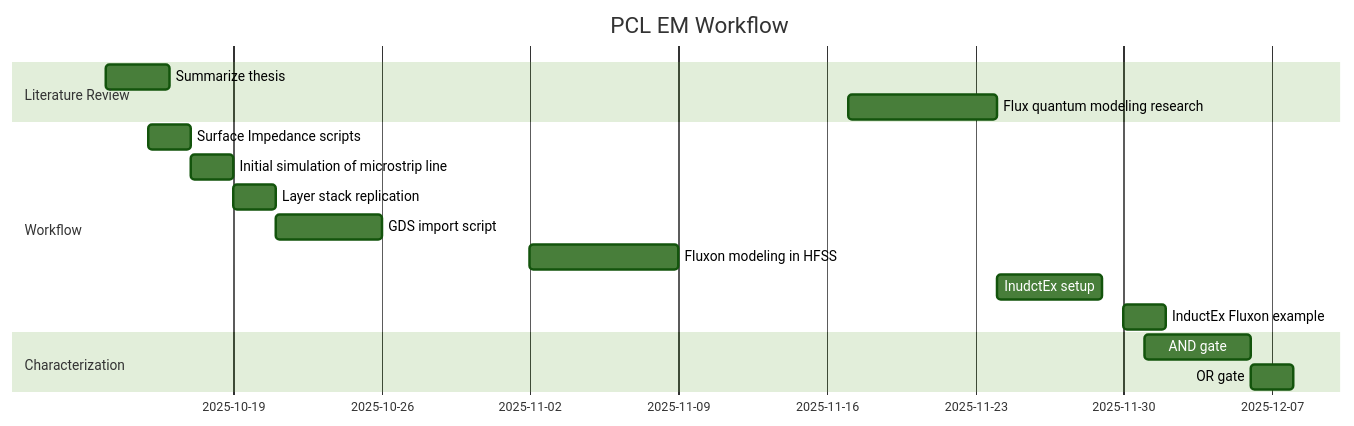
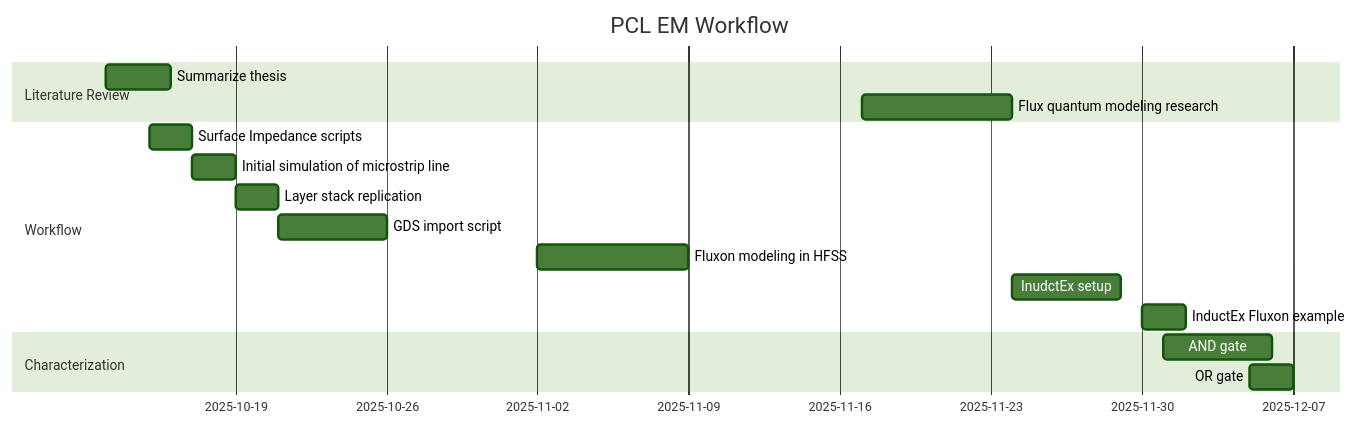
Before and after one commit to woodworthkyle/wisc_SC_EM_flow: the diagram in README.md, drawn with Mermaid (forest theme).

````diff
--- a/README.md
+++ b/README.md
@@ -1,19 +1,19 @@
 ```mermaid
 gantt
     title PCL EM Workflow
     dateFormat YYYY-MM-DD
     section Literature Review
         Summarize thesis: 2025-10-13, 3d
         Flux quantum modeling research: 2025-11-17, 7d
     section Workflow
         Surface Impedance scripts :2025-10-15, 2d
         Initial simulation of microstrip line :2025-10-17, 2d
         Layer stack replication: 2025-10-19, 2d
         GDS import script: 2025-10-21, 5d
         Fluxon modeling in HFSS: 2025-11-02, 7d
         InudctEx setup: 2025-11-24, 5d
         InductEx Fluxon example: 2025-11-30, 2d
     Section Characterization
         AND gate :2025-12-01, 5d
-        OR gate :2025-12-06, 2d
+        OR gate :2025-12-05, 2d
 ```
````
